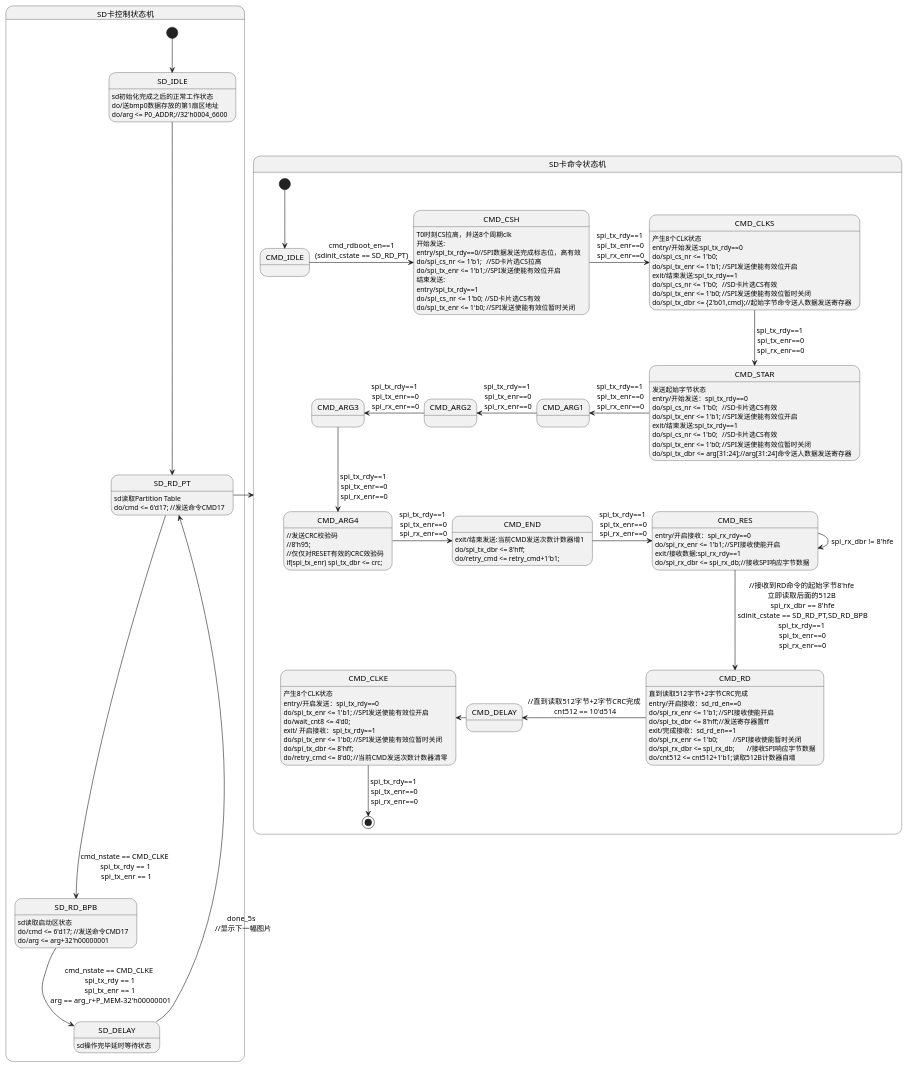
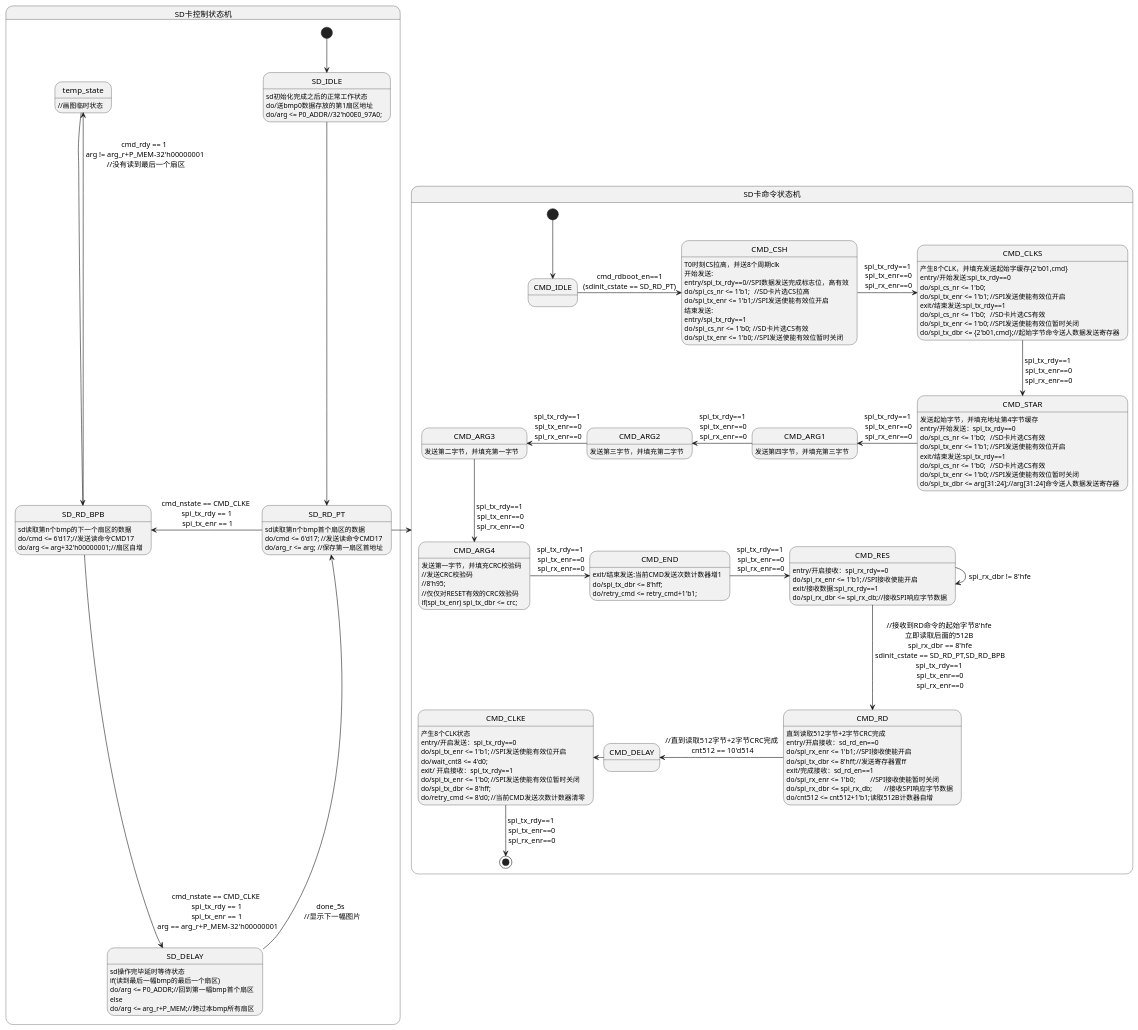
Before and after one commit to iamdotasb/myblog: the diagram in sd卡发送命令流程分析.pu, drawn with PlantUML.

```diff
--- a/sd卡发送命令流程分析.pu
+++ b/sd卡发送命令流程分析.pu
@@ -1,87 +1,99 @@
 @startuml
 state SD卡控制状态机{
     [*] --> SD_IDLE
     SD_IDLE : sd初始化完成之后的正常工作状态
     SD_IDLE : do/送bmp0数据存放的第1扇区地址
-    SD_IDLE : do/arg <= P0_ADDR;//32'h0004_6600
+    SD_IDLE : do/arg <= P0_ADDR//32'h00E0_97A0;
     SD_IDLE --> SD_RD_PT    
-    SD_RD_PT : sd读取Partition Table
-    SD_RD_PT : do/cmd <= 6'd17;	//发送命令CMD17	
-    SD_RD_PT --> SD_RD_BPB:cmd_nstate == CMD_CLKE \n spi_tx_rdy == 1 \n spi_tx_enr == 1 
-    SD_RD_BPB : sd读取启动区状态
-    SD_RD_BPB : do/cmd <= 6'd17;	//发送命令CMD17	
-    SD_RD_BPB : do/arg <= arg+32'h00000001
-    SD_RD_BPB --> SD_DELAY:cmd_nstate == CMD_CLKE \n spi_tx_rdy == 1 \n spi_tx_enr == 1 \n arg == arg_r+P_MEM-32'h00000001
+    SD_RD_PT : sd读取第n个bmp首个扇区的数据
+    SD_RD_PT : do/cmd <= 6'd17;	//发送读命令CMD17	
+    SD_RD_PT : do/arg_r <= arg; //保存第一扇区首地址
+    SD_RD_PT -left-> SD_RD_BPB:cmd_nstate == CMD_CLKE \n spi_tx_rdy == 1 \n spi_tx_enr == 1 
+    SD_RD_BPB : sd读取第n个bmp的下一个扇区的数据
+    SD_RD_BPB : do/cmd <= 6'd17;//发送读命令CMD17	
+    SD_RD_BPB : do/arg <= arg+32'h00000001;//扇区自增
+    SD_RD_BPB -up-> temp_state:cmd_rdy == 1 \n arg != arg_r+P_MEM-32'h00000001 \n //没有读到最后一个扇区
+    temp_state : //画图临时状态
+    temp_state --> SD_RD_BPB
+    SD_RD_BPB -down-> SD_DELAY:cmd_nstate == CMD_CLKE \n spi_tx_rdy == 1 \n spi_tx_enr == 1 \n arg == arg_r+P_MEM-32'h00000001    
     SD_DELAY : sd操作完毕延时等待状态
-    SD_DELAY --> SD_RD_PT:done_5s \n //显示下一幅图片
+    SD_DELAY : if(读到最后一幅bmp的最后一个扇区)
+    SD_DELAY : do/arg <= P0_ADDR;//回到第一幅bmp首个扇区
+    SD_DELAY : else
+    SD_DELAY : do/arg <= arg_r+P_MEM;//跨过本bmp所有扇区
+    SD_DELAY -up-> SD_RD_PT:done_5s \n //显示下一幅图片
 }
 
 state SD卡命令状态机{
     SD_RD_PT -right-> SD卡命令状态机
     [*] --> CMD_IDLE
     CMD_IDLE -right-> CMD_CSH:cmd_rdboot_en==1\n(sdinit_cstate == SD_RD_PT)
     CMD_CSH : T0时刻CS拉高，并送8个周期clk    
     CMD_CSH : 开始发送:
     CMD_CSH : entry/spi_tx_rdy==0//SPI数据发送完成标志位，高有效
     CMD_CSH : do/spi_cs_nr <= 1'b1;	//SD卡片选CS拉高
     CMD_CSH : do/spi_tx_enr <= 1'b1;//SPI发送使能有效位开启	
     CMD_CSH : 结束发送:
     CMD_CSH : entry/spi_tx_rdy==1
     CMD_CSH : do/spi_cs_nr <= 1'b0;  //SD卡片选CS有效
     CMD_CSH : do/spi_tx_enr <= 1'b0;	//SPI发送使能有效位暂时关闭
     CMD_CSH -right-> CMD_CLKS:spi_tx_rdy==1\n spi_tx_enr==0\n spi_rx_enr==0
-    CMD_CLKS : 产生8个CLK状态
+    CMD_CLKS : 产生8个CLK，并填充发送起始字缓存{2'b01,cmd}
     CMD_CLKS : entry/开始发送:spi_tx_rdy==0
     CMD_CLKS : do/spi_cs_nr <= 1'b0;
     CMD_CLKS : do/spi_tx_enr <= 1'b1;	//SPI发送使能有效位开启
     CMD_CLKS : exit/结束发送:spi_tx_rdy==1
     CMD_CLKS : do/spi_cs_nr <= 1'b0;	//SD卡片选CS有效
     CMD_CLKS : do/spi_tx_enr <= 1'b0;	//SPI发送使能有效位暂时关闭
     CMD_CLKS : do/spi_tx_dbr <= {2'b01,cmd};//起始字节命令送人数据发送寄存器
     CMD_CLKS -down-> CMD_STAR:spi_tx_rdy==1\n spi_tx_enr==0\n spi_rx_enr==0
-    CMD_STAR : 发送起始字节状态
+    CMD_STAR : 发送起始字节，并填充地址第4字节缓存
     CMD_STAR : entry/开始发送：spi_tx_rdy==0
     CMD_STAR : do/spi_cs_nr <= 1'b0;	//SD卡片选CS有效
     CMD_STAR : do/spi_tx_enr <= 1'b1;	//SPI发送使能有效位开启	
     CMD_STAR : exit/结束发送:spi_tx_rdy==1
     CMD_STAR : do/spi_cs_nr <= 1'b0;	//SD卡片选CS有效
     CMD_STAR : do/spi_tx_enr <= 1'b0;	//SPI发送使能有效位暂时关闭
     CMD_STAR : do/spi_tx_dbr <= arg[31:24];//arg[31:24]命令送人数据发送寄存器   
     CMD_STAR -left-> CMD_ARG1:spi_tx_rdy==1\n spi_tx_enr==0\n spi_rx_enr==0
+    CMD_ARG1 :发送第四字节，并填充第三字节
     CMD_ARG1 -left-> CMD_ARG2:spi_tx_rdy==1\n spi_tx_enr==0\n spi_rx_enr==0
+    CMD_ARG2 :发送第三字节，并填充第二字节
     CMD_ARG2 -left-> CMD_ARG3:spi_tx_rdy==1\n spi_tx_enr==0\n spi_rx_enr==0
+    CMD_ARG3 :发送第二字节，并填充第一字节
     CMD_ARG3 -down-> CMD_ARG4:spi_tx_rdy==1\n spi_tx_enr==0\n spi_rx_enr==0
+    CMD_ARG4 :发送第一字节，并填充CRC校验码
     CMD_ARG4 : //发送CRC校验码\n//8'h95;\n//仅仅对RESET有效的CRC效验码\nif(spi_tx_enr) spi_tx_dbr <= crc;
     CMD_ARG4 -right-> CMD_END:spi_tx_rdy==1\n spi_tx_enr==0\n spi_rx_enr==0
     CMD_END : exit/结束发送:当前CMD发送次数计数器增1
     CMD_END : do/spi_tx_dbr <= 8'hff;
     CMD_END : do/retry_cmd <= retry_cmd+1'b1;	
     CMD_END -right-> CMD_RES:spi_tx_rdy==1\n spi_tx_enr==0\n spi_rx_enr==0
     CMD_RES : entry/开启接收：spi_rx_rdy==0
     CMD_RES : do/spi_rx_enr <= 1'b1;	//SPI接收使能开启	   
     CMD_RES : exit/接收数据:spi_rx_rdy==1
     CMD_RES : do/spi_rx_dbr <= spi_rx_db;//接收SPI响应字节数据
     CMD_RES --> CMD_RES:spi_rx_dbr != 8'hfe
     CMD_RES -down-> CMD_RD://接收到RD命令的起始字节8'hfe\n立即读取后面的512B\n spi_rx_dbr == 8'hfe\n sdinit_cstate == SD_RD_PT,SD_RD_BPB\nspi_tx_rdy==1\n spi_tx_enr==0\n spi_rx_enr==0\n 
     CMD_RD : 直到读取512字节+2字节CRC完成
     CMD_RD : entry/开启接收：sd_rd_en==0
     CMD_RD : do/spi_rx_enr <= 1'b1;	//SPI接收使能开启
     CMD_RD : do/spi_tx_dbr <= 8'hff;//发送寄存器置ff
     CMD_RD : exit/完成接收：sd_rd_en==1
     CMD_RD : do/spi_rx_enr <= 1'b0;		//SPI接收使能暂时关闭
     CMD_RD : do/spi_rx_dbr <= spi_rx_db;	//接收SPI响应字节数据
     CMD_RD : do/cnt512 <= cnt512+1'b1;	读取512B计数器自增
     CMD_RD -left-> CMD_DELAY://直到读取512字节+2字节CRC完成\n cnt512 == 10'd514
     CMD_DELAY -left-> CMD_CLKE
     CMD_CLKE :产生8个CLK状态
     CMD_CLKE : entry/开启发送：spi_tx_rdy==0
     CMD_CLKE : do/spi_tx_enr <= 1'b1;	//SPI发送使能有效位开启
     CMD_CLKE : do/wait_cnt8 <= 4'd0;
     CMD_CLKE : exit/ 开启接收：spi_tx_rdy==1
     CMD_CLKE : do/spi_tx_enr <= 1'b0;	//SPI发送使能有效位暂时关闭
     CMD_CLKE : do/spi_tx_dbr <= 8'hff;
     CMD_CLKE : do/retry_cmd <= 8'd0;	//当前CMD发送次数计数器清零
     CMD_CLKE --> [*]:spi_tx_rdy==1\n spi_tx_enr==0\n spi_rx_enr==0
 }
 
 @enduml
```
